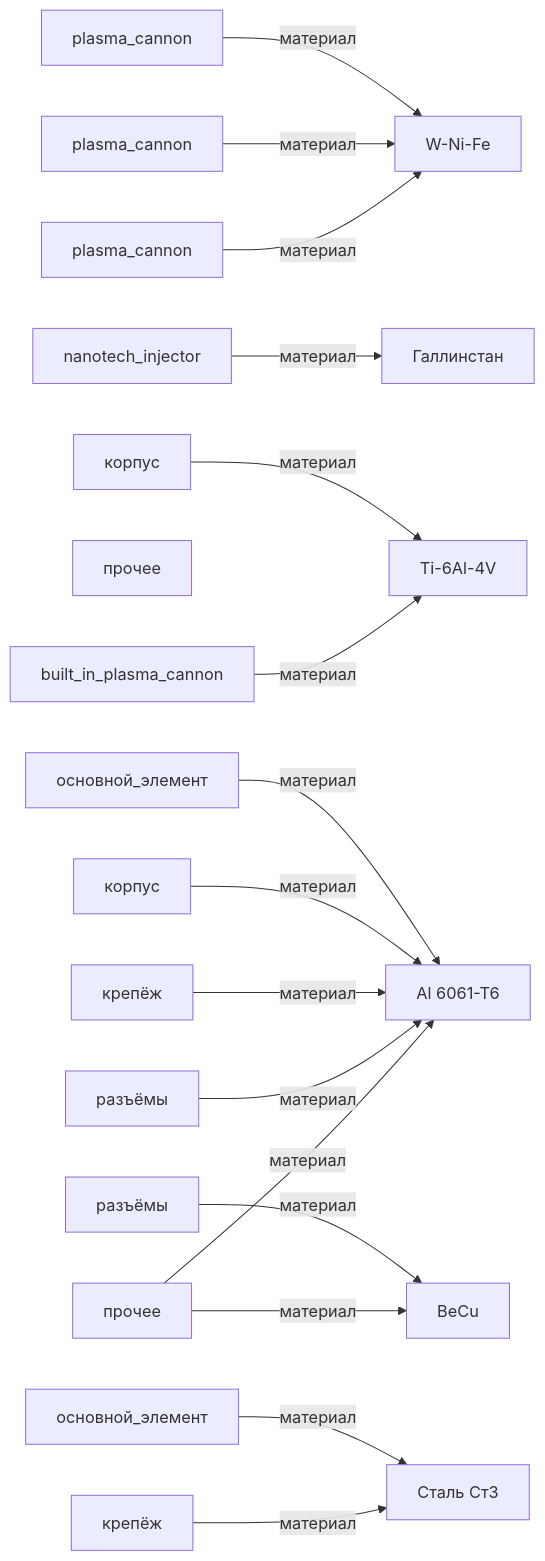
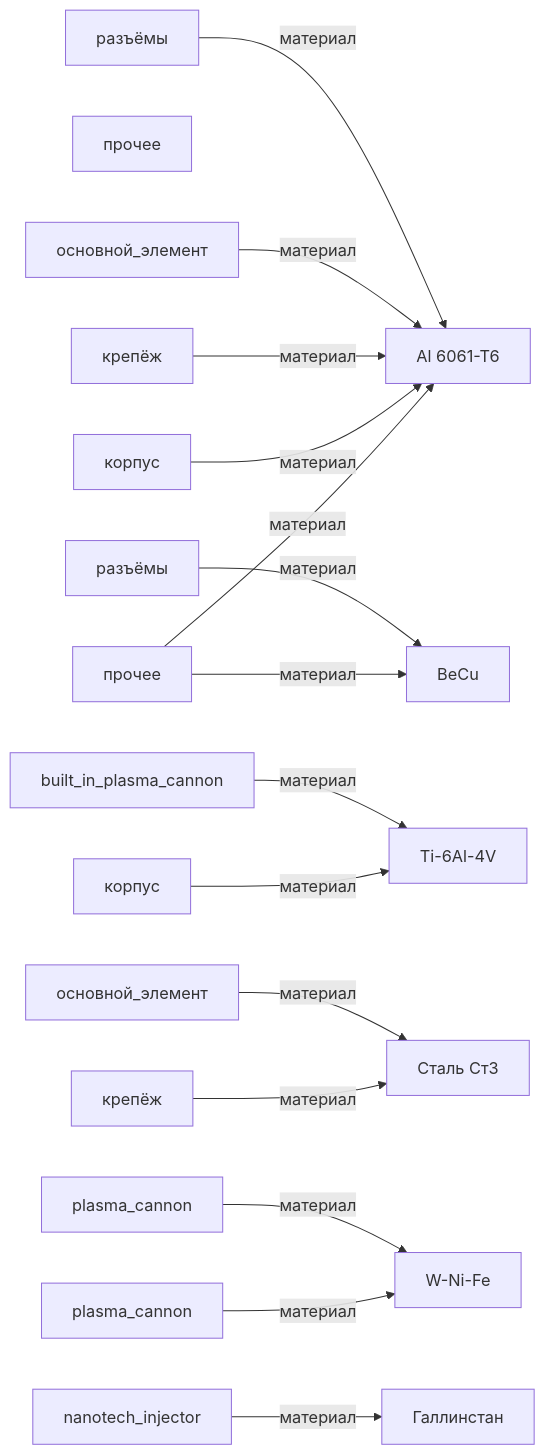
One commit to a-m-e-n-t-e-t/SkyNet changed the diagram in graphs/mermaid/graph1_встроенное_оружие.md. Above: the diagram before and after it, drawn with Mermaid. The commit also changed other lines of this file and 79 other files, not shown here.

````diff
--- a/graphs/mermaid/graph1_встроенное_оружие.md
+++ b/graphs/mermaid/graph1_встроенное_оружие.md
@@ -3,39 +3,37 @@
 ```mermaid
 graph LR
-    часть_hk_tank_плазма_пушка_1[plasma_cannon]
-    часть_hk_tank_плазма_пушка_2[plasma_cannon]
-    часть_hk_aerial_плазма_пушка[plasma_cannon]
-    часть_t_x_нанотех_инъектор[nanotech_injector]
-    часть_t_x_плазма_пушка[built_in_plasma_cannon]
+    izdelie_granatomet_m320[прочее]
     izdelie_minigun_m134[прочее]
-    izdelie_granatomet_m320[прочее]
+    часть_granatomet_m320_housing[корпус]
+    часть_granatomet_m320_mounting[крепёж]
+    часть_granatomet_m320_core[основной_элемент]
+    часть_granatomet_m320_connectors[разъёмы]
+    часть_minigun_m134_housing[корпус]
     часть_minigun_m134_connectors[разъёмы]
     часть_minigun_m134_mounting[крепёж]
-    часть_minigun_m134_housing[корпус]
     часть_minigun_m134_core[основной_элемент]
-    часть_granatomet_m320_connectors[разъёмы]
-    часть_granatomet_m320_mounting[крепёж]
-    часть_granatomet_m320_housing[корпус]
-    часть_granatomet_m320_core[основной_элемент]
+    часть_hk_tank_плазма_пушка_1[plasma_cannon]
+    часть_t_x_плазма_пушка[built_in_plasma_cannon]
+    часть_t_x_нанотех_инъектор[nanotech_injector]
+    часть_hk_aerial_плазма_пушка[plasma_cannon]
     material_al_6061_t6[Al 6061-T6]
     material_becu[BeCu]
     material_gallinstan[Галлинстан]
     material_stal_st3[Сталь Ст3]
     material_ti_6al_4v[Ti-6Al-4V]
     material_w_ni_fe[W-Ni-Fe]
-    часть_hk_tank_плазма_пушка_1 -->|материал| material_w_ni_fe
-    часть_hk_tank_плазма_пушка_2 -->|материал| material_w_ni_fe
-    часть_hk_aerial_плазма_пушка -->|материал| material_w_ni_fe
-    часть_t_x_нанотех_инъектор -->|материал| material_gallinstan
-    часть_t_x_плазма_пушка -->|материал| material_ti_6al_4v
     izdelie_granatomet_m320 -->|материал| material_al_6061_t6
     izdelie_granatomet_m320 -->|материал| material_becu
+    часть_granatomet_m320_housing -->|материал| material_al_6061_t6
+    часть_granatomet_m320_mounting -->|материал| material_al_6061_t6
+    часть_granatomet_m320_core -->|материал| material_al_6061_t6
+    часть_granatomet_m320_connectors -->|материал| material_becu
+    часть_minigun_m134_housing -->|материал| material_ti_6al_4v
     часть_minigun_m134_connectors -->|материал| material_al_6061_t6
     часть_minigun_m134_mounting -->|материал| material_stal_st3
-    часть_minigun_m134_housing -->|материал| material_ti_6al_4v
     часть_minigun_m134_core -->|материал| material_stal_st3
-    часть_granatomet_m320_connectors -->|материал| material_becu
-    часть_granatomet_m320_mounting -->|материал| material_al_6061_t6
-    часть_granatomet_m320_housing -->|материал| material_al_6061_t6
-    часть_granatomet_m320_core -->|материал| material_al_6061_t6
+    часть_hk_tank_плазма_пушка_1 -->|материал| material_w_ni_fe
+    часть_t_x_плазма_пушка -->|материал| material_ti_6al_4v
+    часть_t_x_нанотех_инъектор -->|материал| material_gallinstan
+    часть_hk_aerial_плазма_пушка -->|материал| material_w_ni_fe
 ```
````
